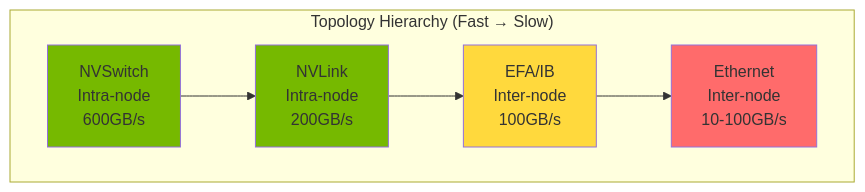
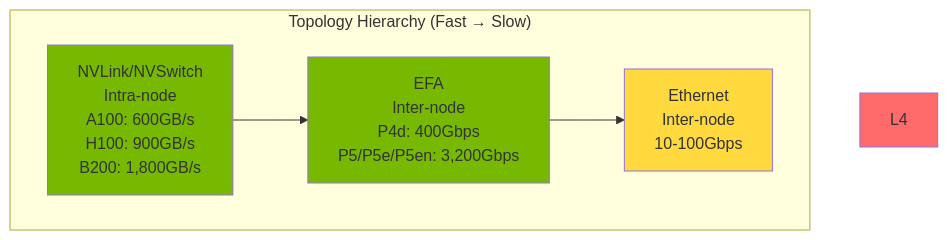
Before and after one commit to devfloor9/engineering-playbook: the sixth of 6 diagrams in docs/agentic-ai-platform/model-serving/inference-frameworks/nemo-framework.md, drawn with Mermaid. The commit also changed other lines of this file and 37 other files, not shown here.

````diff
--- a/docs/agentic-ai-platform/model-serving/inference-frameworks/nemo-framework.md
+++ b/docs/agentic-ai-platform/model-serving/inference-frameworks/nemo-framework.md
@@ -512,16 +621,15 @@
 ```mermaid
 flowchart TB
     subgraph Topo["Topology Hierarchy (Fast → Slow)"]
-        L1[NVSwitch<br/>Intra-node<br/>600GB/s]
-        L2[NVLink<br/>Intra-node<br/>200GB/s]
-        L3[EFA/IB<br/>Inter-node<br/>100GB/s]
-        L4[Ethernet<br/>Inter-node<br/>10-100GB/s]
+        L1[NVLink/NVSwitch<br/>Intra-node<br/>A100: 600GB/s<br/>H100: 900GB/s<br/>B200: 1,800GB/s]
+        L2[EFA<br/>Inter-node<br/>P4d: 400Gbps<br/>P5/P5e/P5en: 3,200Gbps]
+        L3[Ethernet<br/>Inter-node<br/>10-100Gbps]
 
-        L1 --> L2 --> L3 --> L4
+        L1 --> L2 --> L3
     end
 
     style L1 fill:#76b900
     style L2 fill:#76b900
     style L3 fill:#ffd93d
     style L4 fill:#ff6b6b
 ```
````
